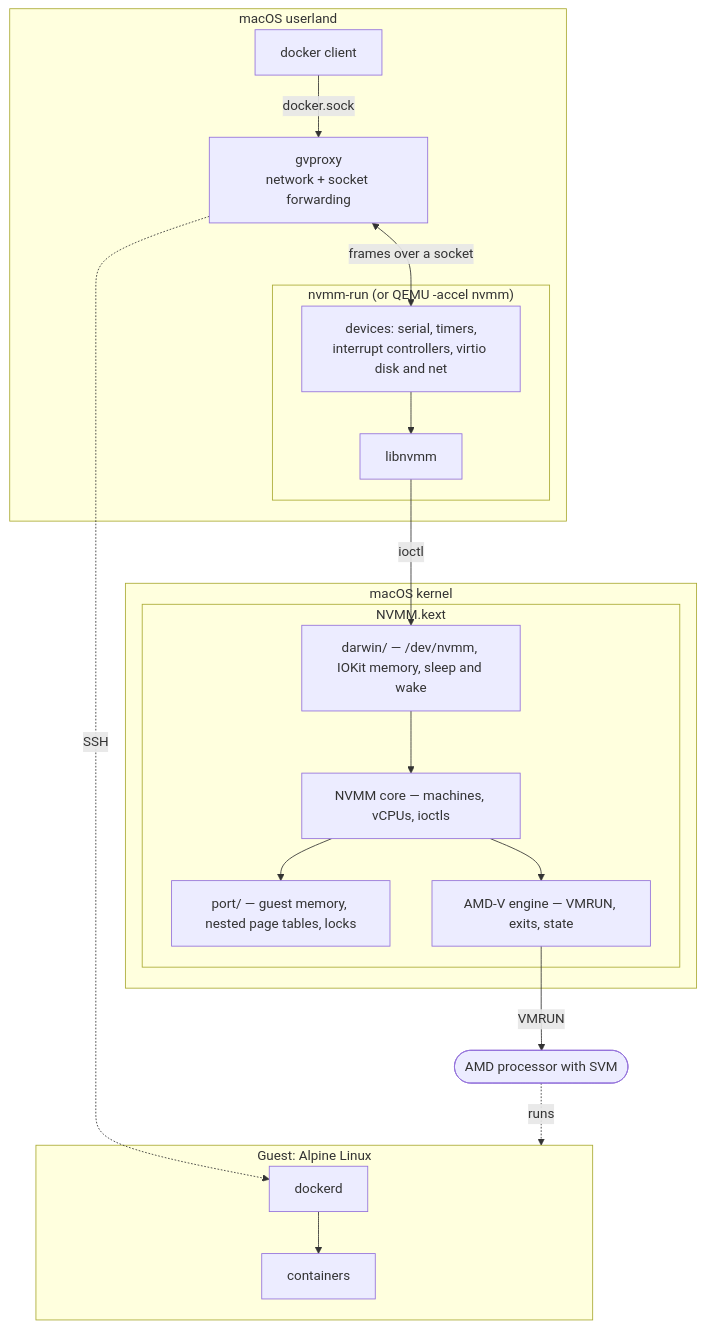
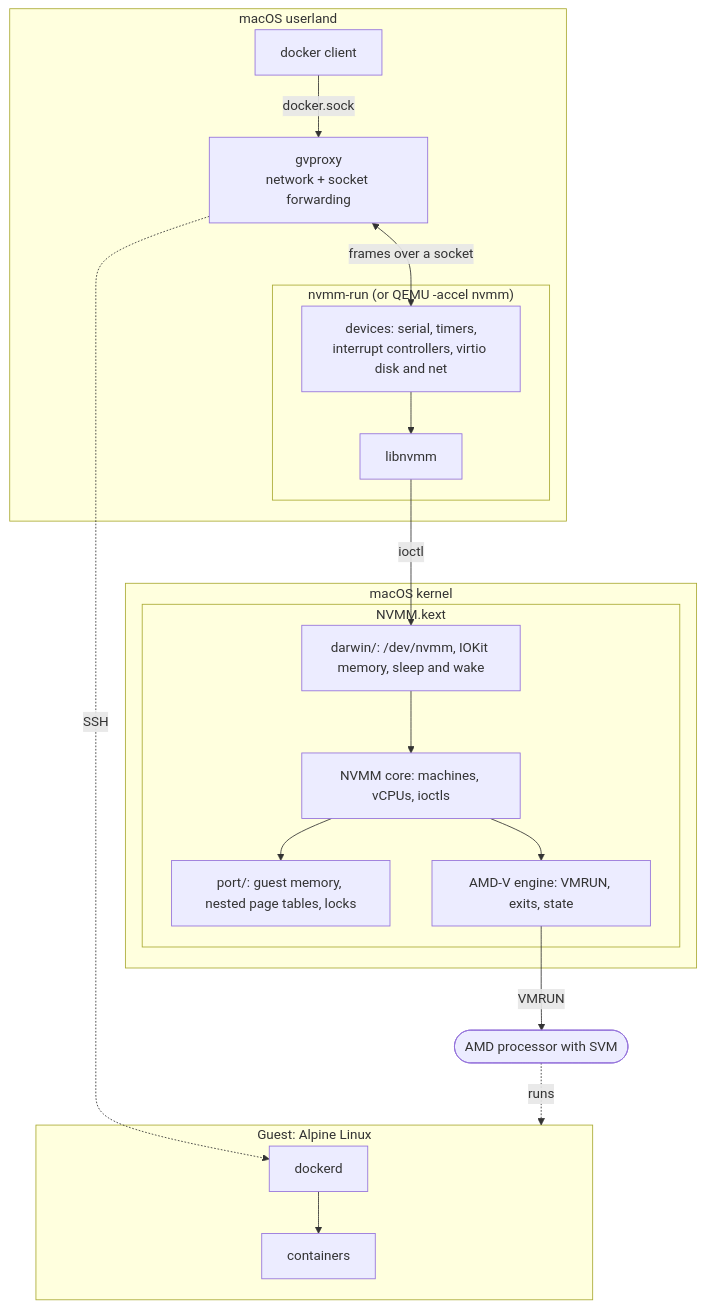
One commit to milouk/graft changed the first of 4 diagrams in README.md. Above: the diagram before and after it, drawn with Mermaid. The commit also changed other lines of this file and 2 other files, not shown here.

Commit message:
README: no figures that need upkeep; drop the vision page

````diff
--- a/README.md
+++ b/README.md
@@ -48,38 +46,38 @@
 ```mermaid
 flowchart TB
     subgraph mac["macOS userland"]
         docker["docker client"]
         gv["gvproxy<br/>network + socket forwarding"]
         subgraph vmm["nvmm-run (or QEMU -accel nvmm)"]
             dev["devices: serial, timers,<br/>interrupt controllers, virtio disk and net"]
             lib["libnvmm"]
         end
     end
 
     subgraph kernel["macOS kernel"]
         subgraph kext["NVMM.kext"]
-            glue["darwin/ &mdash; /dev/nvmm, IOKit memory, sleep and wake"]
-            port["port/ &mdash; guest memory, nested page tables, locks"]
-            core["NVMM core &mdash; machines, vCPUs, ioctls"]
-            svm["AMD-V engine &mdash; VMRUN, exits, state"]
+            glue["darwin/: /dev/nvmm, IOKit memory, sleep and wake"]
+            port["port/: guest memory, nested page tables, locks"]
+            core["NVMM core: machines, vCPUs, ioctls"]
+            svm["AMD-V engine: VMRUN, exits, state"]
         end
     end
 
     subgraph guest["Guest: Alpine Linux"]
         dockerd["dockerd"]
         ctr["containers"]
     end
 
     cpu(["AMD processor with SVM"])
 
     docker -- "docker.sock" --> gv
     gv <-- "frames over a socket" --> dev
     dev --> lib
     lib -- "ioctl" --> glue
     glue --> core --> svm
     core --> port
     svm -- "VMRUN" --> cpu
     cpu -. "runs" .-> guest
     gv -. "SSH" .-> dockerd
     dockerd --> ctr
 ```
````
